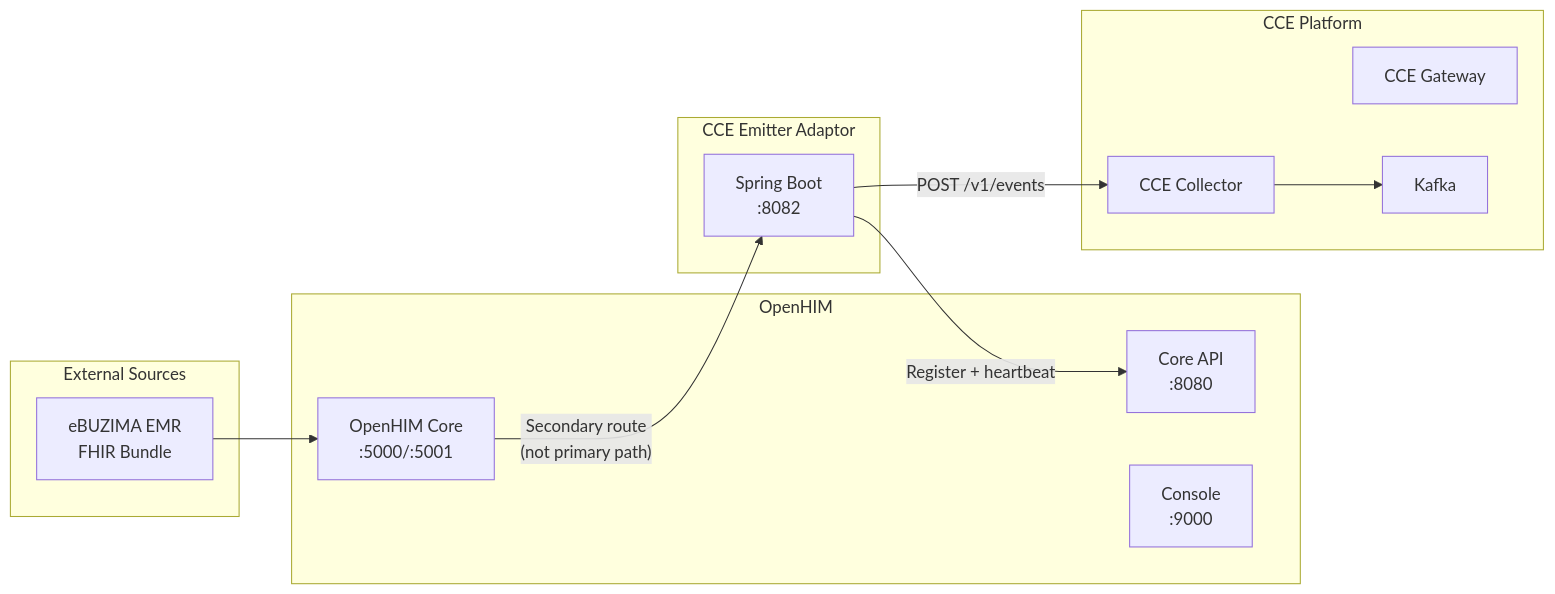
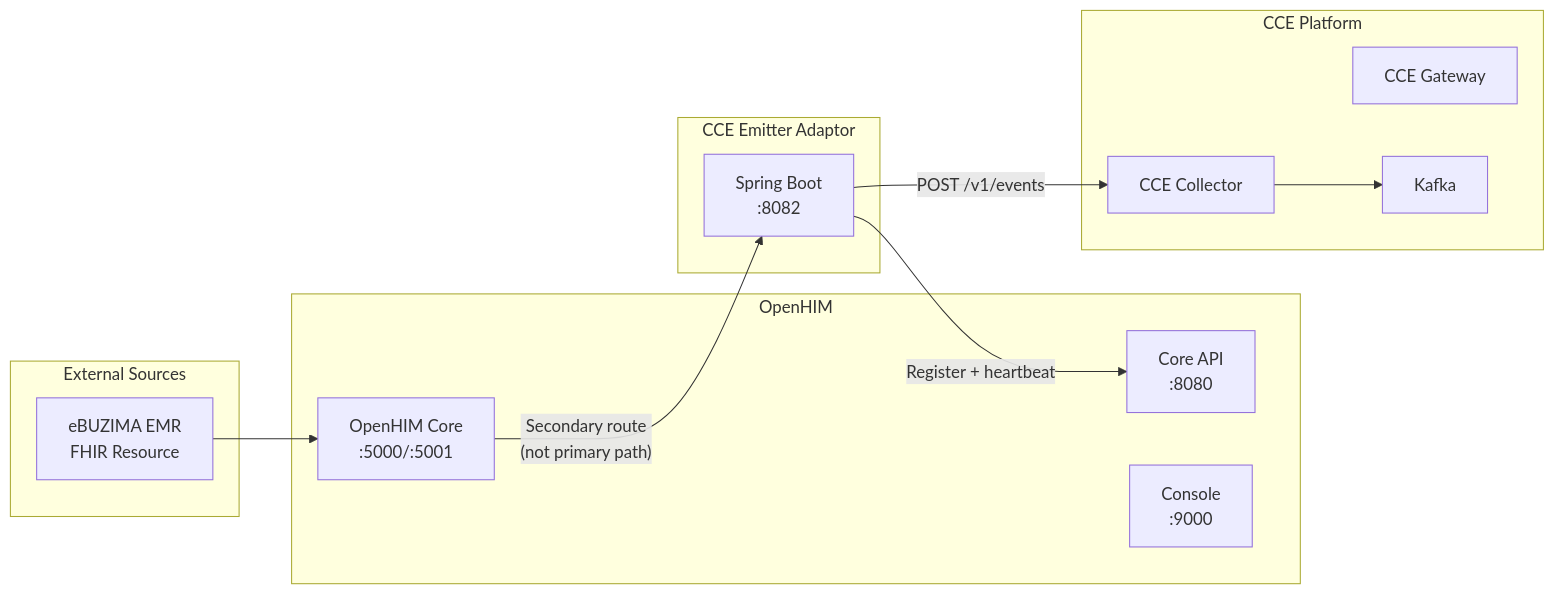
The eighth of 8 diagrams in docs/flow-diagrams.md (Jayaprakash8887/openhim-cce-emitter-adaptor), drawn with Mermaid before and after one commit. The commit also changed other lines of this file and 4 other files, not shown here.

````diff
--- a/docs/flow-diagrams.md
+++ b/docs/flow-diagrams.md
@@ -292,29 +292,29 @@
 ```mermaid
 flowchart LR
     subgraph "External Sources"
-        A2[eBUZIMA EMR<br/>FHIR Bundle]
+        A2[eBUZIMA EMR<br/>FHIR Resource]
     end
 
     subgraph "OpenHIM"
         OHC[OpenHIM Core<br/>:5000/:5001]
         OHC_API[Core API<br/>:8080]
         OHC_CON[Console<br/>:9000]
     end
 
     subgraph "CCE Emitter Adaptor"
         EA[Spring Boot<br/>:8082]
     end
 
     subgraph "CCE Platform"
         GW[CCE Gateway]
         COL[CCE Collector]
         KAFKA[Kafka]
     end
 
     A2 --> OHC
 
     OHC -->|"Secondary route<br/>(not primary path)"| EA
     EA -->|"Register + heartbeat"| OHC_API
     EA -->|"POST /v1/events"| COL
     COL --> KAFKA
 ```
````
